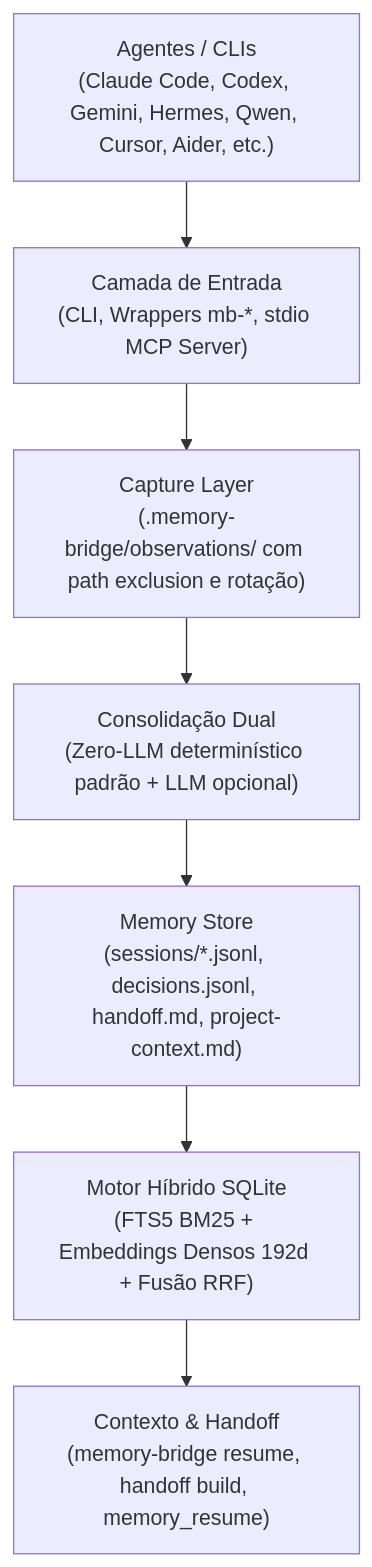
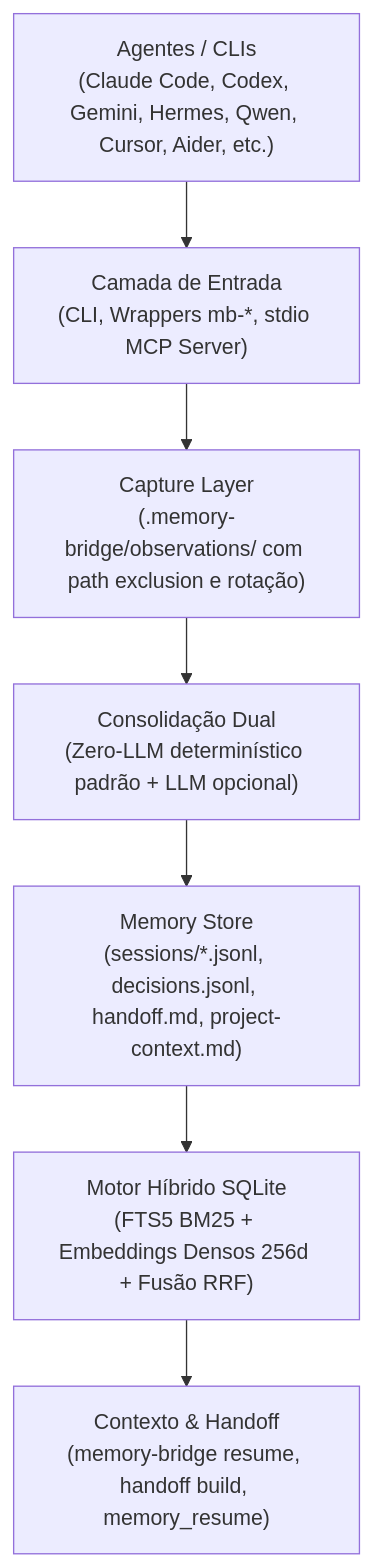
Before and after one commit to leninejunior/engrene-memory-bridge: the diagram in README.md, drawn with Mermaid. The commit also changed other lines of this file and 7 other files, not shown here.

````diff
--- a/README.md
+++ b/README.md
@@ -44,9 +44,9 @@
 ```mermaid
 flowchart TD
     A["Agentes / CLIs\n(Claude Code, Codex, Gemini, Hermes, Qwen, Cursor, Aider, etc.)"] --> B["Camada de Entrada\n(CLI, Wrappers mb-*, stdio MCP Server)"]
     B --> C["Capture Layer\n(.memory-bridge/observations/ com path exclusion e rotação)"]
     C --> D["Consolidação Dual\n(Zero-LLM determinístico padrão + LLM opcional)"]
     D --> E["Memory Store\n(sessions/*.jsonl, decisions.jsonl, handoff.md, project-context.md)"]
-    E --> F["Motor Híbrido SQLite\n(FTS5 BM25 + Embeddings Densos 192d + Fusão RRF)"]
+    E --> F["Motor Híbrido SQLite\n(FTS5 BM25 + Embeddings Densos 256d + Fusão RRF)"]
     F --> G["Contexto & Handoff\n(memory-bridge resume, handoff build, memory_resume)"]
 ```
````
